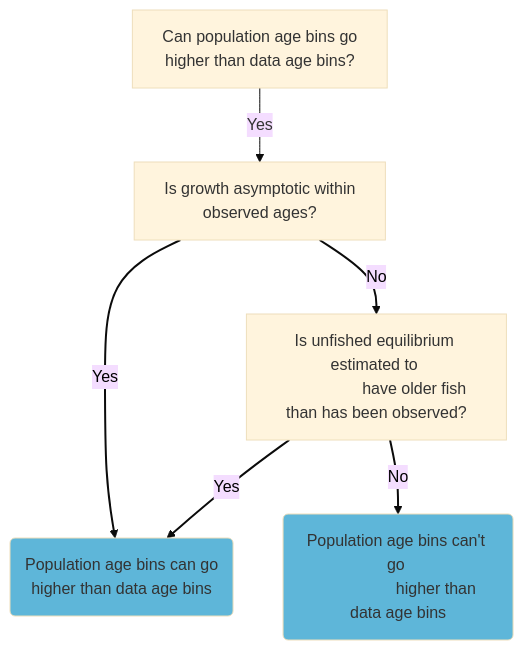
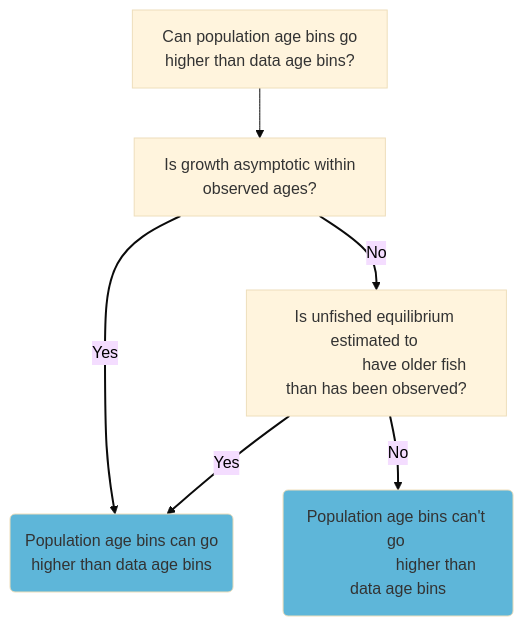
Before and after one commit to nmfs-ost/ss3-website: the sixth of 6 diagrams in website/qmds/ss3_setup_decisions.qmd, drawn with Mermaid (base theme).

Commit message:
once more

````diff
--- a/website/qmds/ss3_setup_decisions.qmd
+++ b/website/qmds/ss3_setup_decisions.qmd
@@ -92,16 +92,16 @@
 ```{mermaid}
 flowchart TB
     A["Can population age bins go 
-      higher than data age bins?"] -- Yes --> B["Is growth asymptotic within
+      higher than data age bins?"] --> B["Is growth asymptotic within
                                                 observed ages?"]
     B -- No --> C["Is unfished equilibrium estimated to 
                   have older fish than has been observed?"]                                    
     B -- Yes --> D("Population age bins can go 
                    higher than data age bins")
     C -- Yes --> D
     C -- No --> E("Population age bins can't go 
                   higher than data age bins")
     linkStyle 1,2,3,4 stroke-width:2px,color:black
     style D fill:#5EB6D9
     style E fill:#5EB6D9
 ```
````
